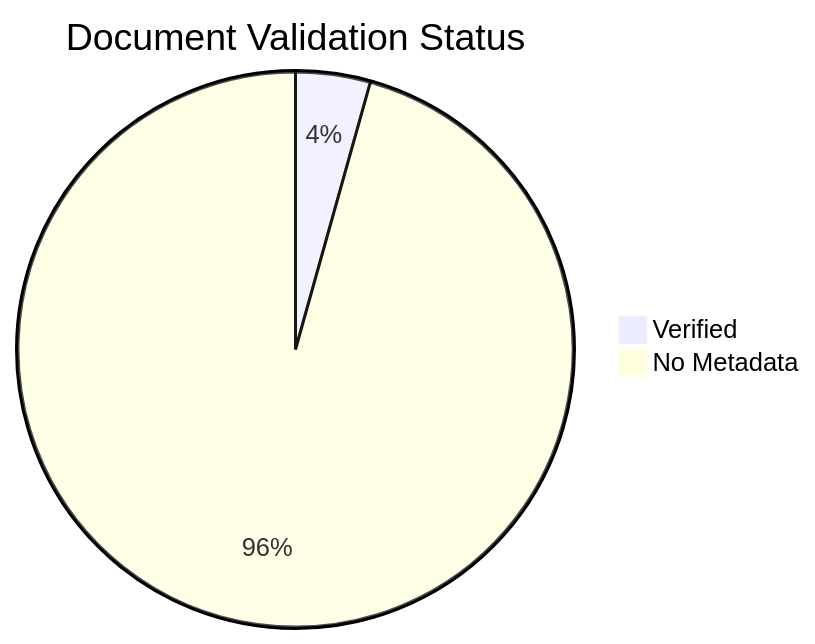
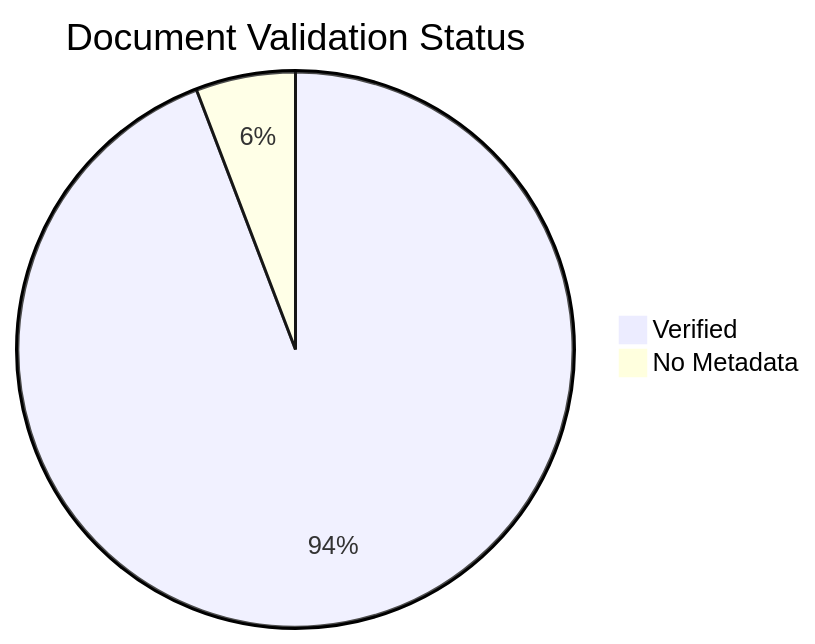
Before and after one commit to yeongseon/azure-functions-practical-guide: the diagram in docs/reference/content-validation-status.md, drawn with Mermaid. The commit also changed other lines of this file and 66 other files, not shown here.

````diff
--- a/docs/reference/content-validation-status.md
+++ b/docs/reference/content-validation-status.md
@@ -23,5 +23,5 @@
 ```mermaid
 pie title Document Validation Status
-    "Verified" : 3
-    "No Metadata" : 66
+    "Verified" : 65
+    "No Metadata" : 4
 ```
````
